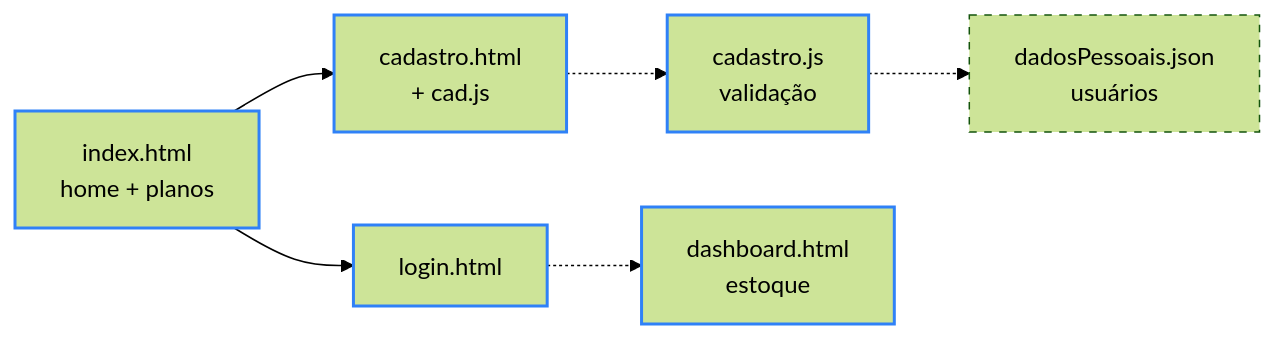
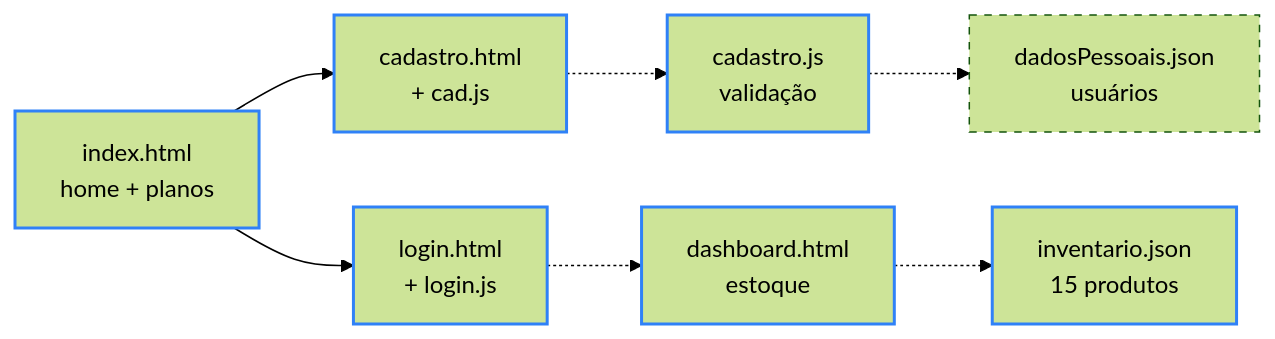
Before and after one commit to briandevbr/OrganizeMe: the second of 2 diagrams in README.md, drawn with Mermaid (forest theme). The commit also changed other lines of this file and 1 other file, not shown here.

````diff
--- a/README.md
+++ b/README.md
@@ -118,12 +192,13 @@
 ```mermaid
 flowchart LR
   A["index.html<br/>home + planos"] --> B["cadastro.html<br/>+ cad.js"]
-  A --> C["login.html"]
+  A --> C["login.html<br/>+ login.js"]
   B -.-> D["cadastro.js<br/>validação"]
   D -.-> E["dadosPessoais.json<br/>usuários"]
   C -.-> F["dashboard.html<br/>estoque"]
+  F -.-> G["inventario.json<br/>15 produtos"]
   classDef done stroke:#2f81f7,stroke-width:2px
   classDef todo stroke-dasharray:5 5
-  class A,B,C,D,F done
+  class A,B,C,D,F,G done
   class E todo
 ```
````
